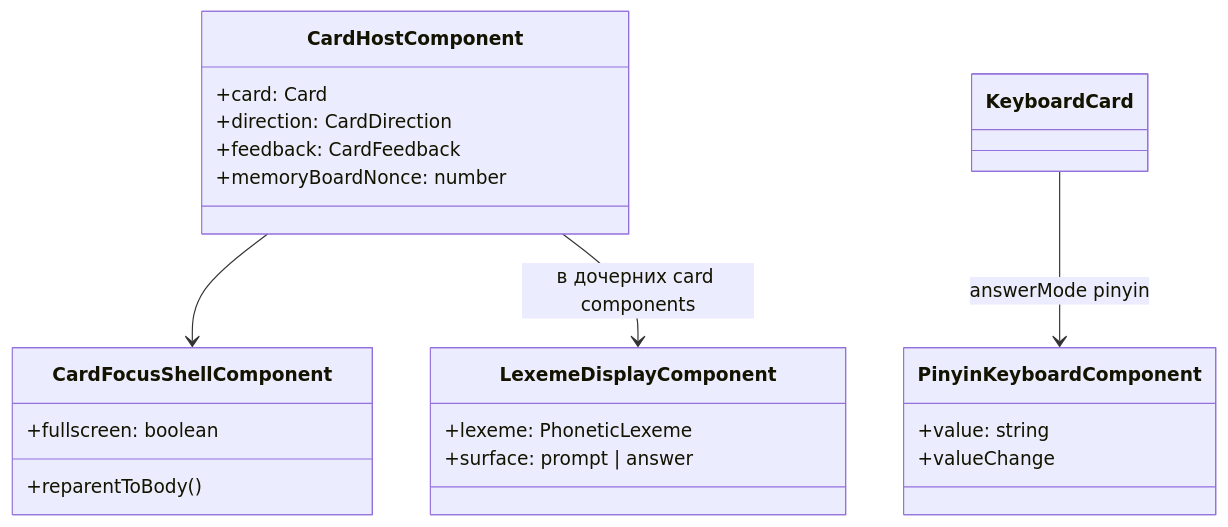
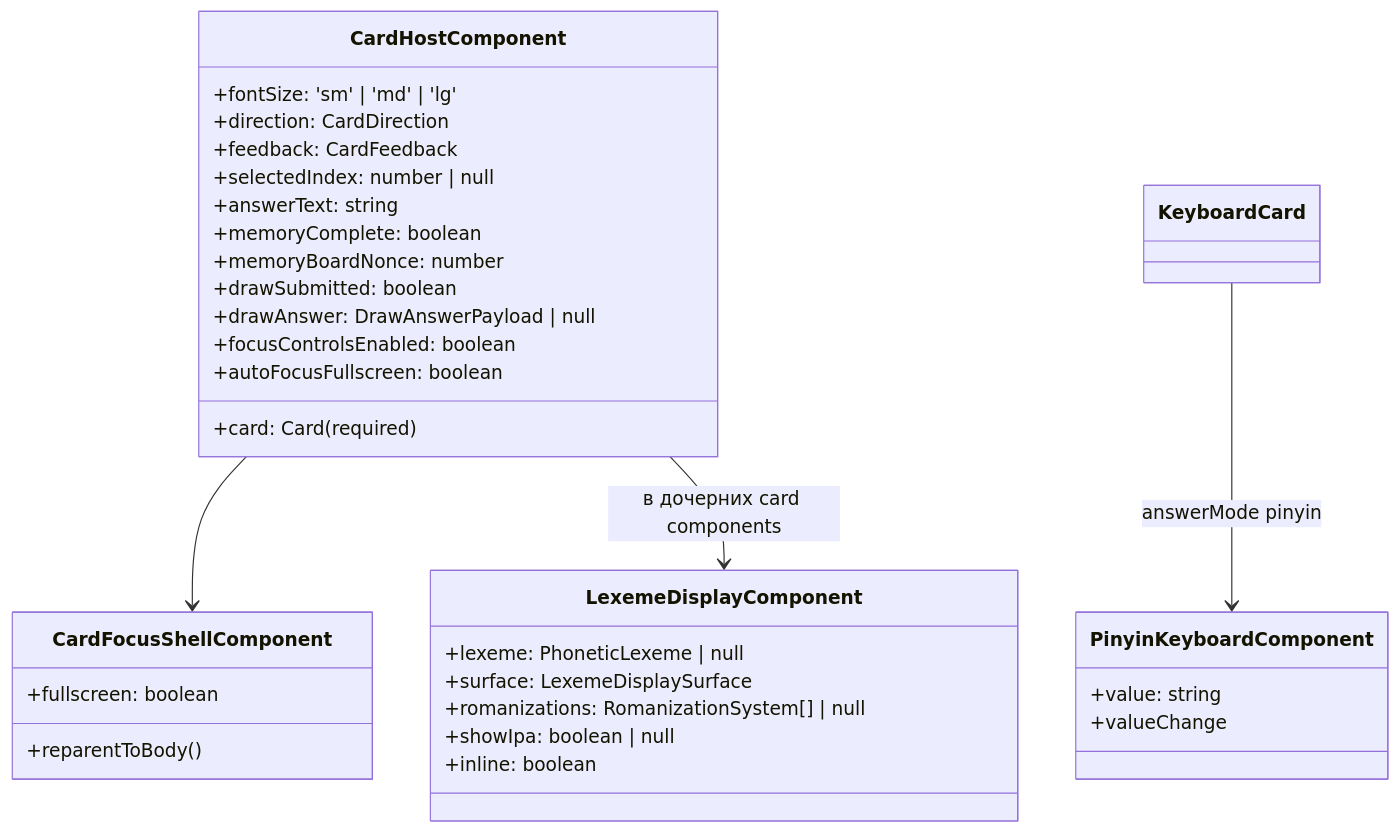
One commit to void2ptr-sketch/LinguaCode changed the second of 2 diagrams in docs/ARCHITECTURE.shared.md. Above: the diagram before and after it, drawn with Mermaid. The commit also changed other lines of this file and 57 other files, not shown here.

````diff
--- a/docs/ARCHITECTURE.shared.md
+++ b/docs/ARCHITECTURE.shared.md
@@ -66,24 +72,35 @@
 ```mermaid
 classDiagram
   class CardHostComponent {
-    +card: Card
+    +card: Card (required)
+    +fontSize: 'sm' | 'md' | 'lg'
     +direction: CardDirection
     +feedback: CardFeedback
+    +selectedIndex: number | null
+    +answerText: string
+    +memoryComplete: boolean
     +memoryBoardNonce: number
+    +drawSubmitted: boolean
+    +drawAnswer: DrawAnswerPayload | null
+    +focusControlsEnabled: boolean
+    +autoFocusFullscreen: boolean
   }
   class CardFocusShellComponent {
     +fullscreen: boolean
     +reparentToBody()
   }
   class LexemeDisplayComponent {
-    +lexeme: PhoneticLexeme
-    +surface: prompt | answer
+    +lexeme: PhoneticLexeme | null
+    +surface: LexemeDisplaySurface
+    +romanizations: RomanizationSystem[] | null
+    +showIpa: boolean | null
+    +inline: boolean
   }
   class PinyinKeyboardComponent {
     +value: string
     +valueChange
   }
   CardHostComponent --> CardFocusShellComponent
   CardHostComponent --> LexemeDisplayComponent : в дочерних card components
   KeyboardCard --> PinyinKeyboardComponent : answerMode pinyin
 ```
````
